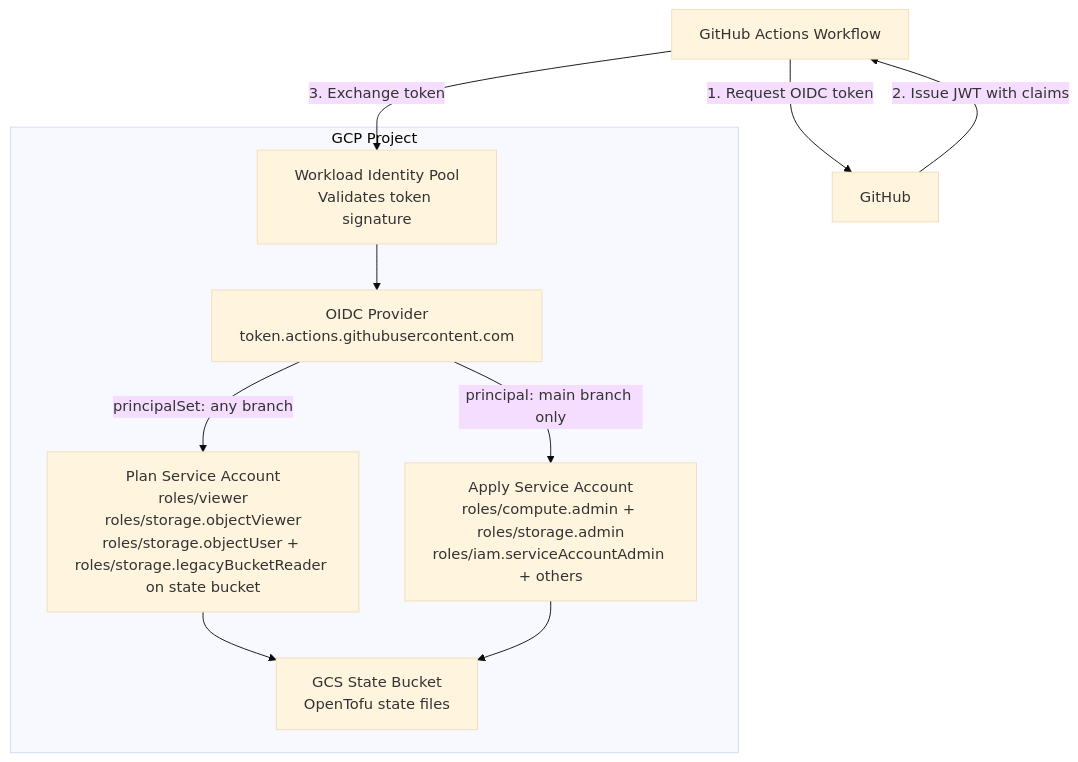
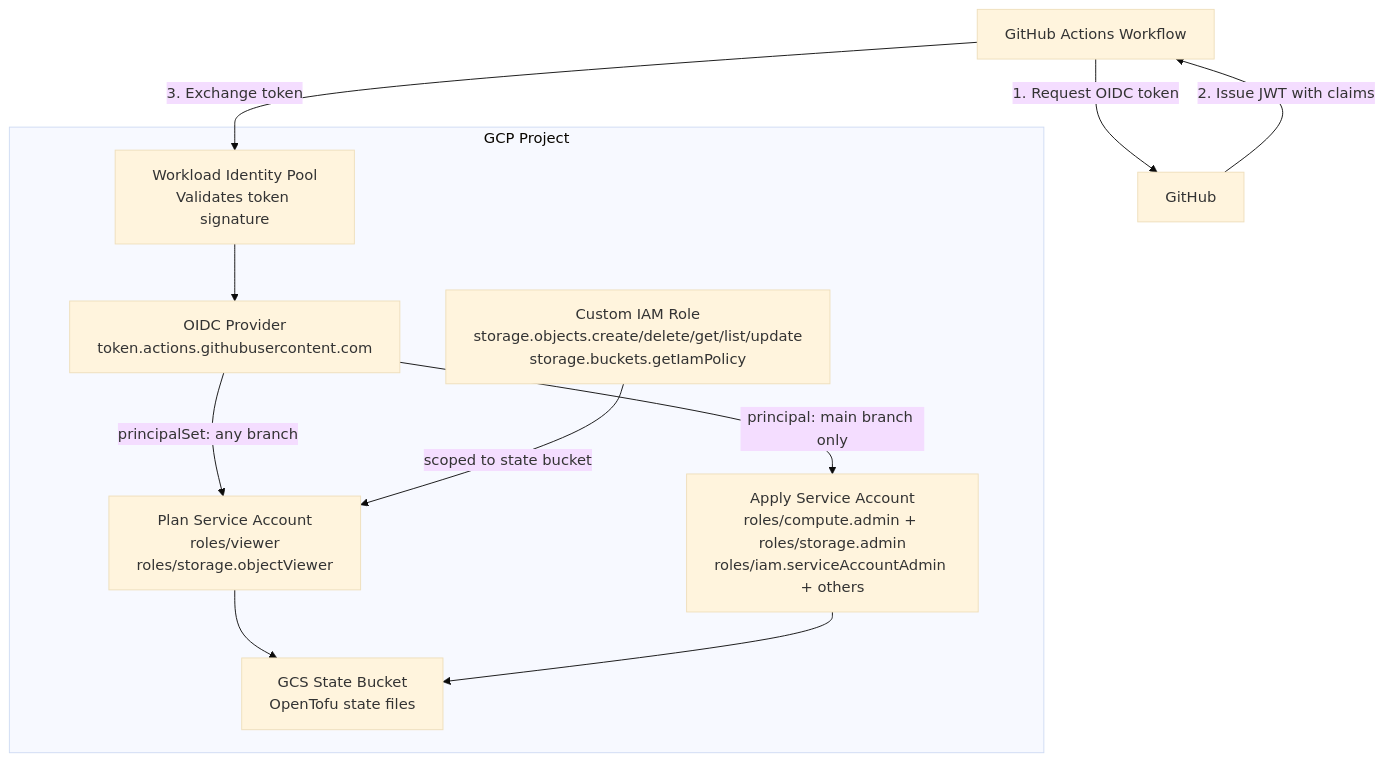
The diagram in stacks/gcp/github/pipelines-bootstrap/README.md (dg-infrastructure/terragrunt-scale-catalog), drawn with Mermaid (base theme) before and after one commit. The commit also changed other lines of this file and 9 other files, not shown here.

Commit message:
legacyBucketReader role doesn't provide get IAM policy for plan role, creating custom role

````diff
--- a/stacks/gcp/github/pipelines-bootstrap/README.md
+++ b/stacks/gcp/github/pipelines-bootstrap/README.md
@@ -75,21 +79,21 @@
 ```mermaid
 flowchart TD
     A[GitHub Actions Workflow] -->|1. Request OIDC token| B[GitHub]
     B -->|2. Issue JWT with claims| A
     A -->|3. Exchange token| C[Workload Identity Pool]
 
     subgraph GCP["GCP Project"]
         C[Workload Identity Pool<br/>Validates token signature]
         D[OIDC Provider<br/>token.actions.githubusercontent.com]
         C --> D
 
-        D -->|principalSet: any branch| E[Plan Service Account]
-        D -->|principal: main branch only| F[Apply Service Account]
+        D -->|principalSet: any branch| E[Plan Service Account<br/>roles/viewer<br/>roles/storage.objectViewer]
+        D -->|principal: main branch only| F[Apply Service Account<br/>roles/compute.admin + roles/storage.admin<br/>roles/iam.serviceAccountAdmin + others]
 
-        E[Plan Service Account<br/>roles/viewer<br/>roles/storage.objectViewer<br/>roles/storage.objectUser + roles/storage.legacyBucketReader on state bucket]
-        F[Apply Service Account<br/>roles/compute.admin + roles/storage.admin<br/>roles/iam.serviceAccountAdmin + others]
+        H[Custom IAM Role<br/>storage.objects.create/delete/get/list/update<br/>storage.buckets.getIamPolicy]
+        H -->|scoped to state bucket| E
 
         E --> G[GCS State Bucket]
         F --> G[GCS State Bucket<br/>OpenTofu state files]
     end
 ```
````
